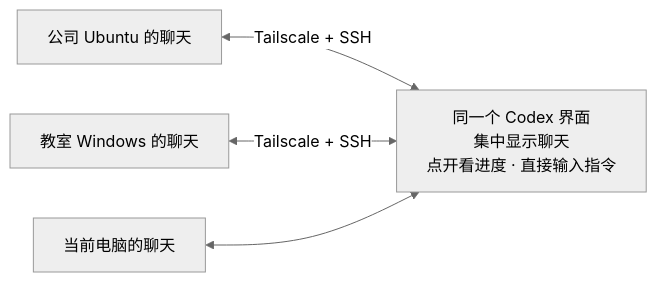
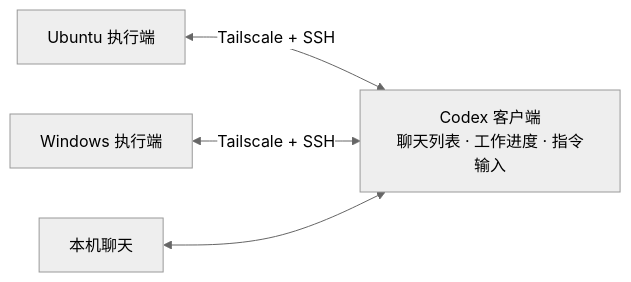
Before and after one commit to zn099/codex-multi-machine-collaboration: the diagram in README.md, drawn with Mermaid (neutral theme). The commit also changed other lines of this file and 7 other files, not shown here.

````diff
--- a/README.md
+++ b/README.md
@@ -19,6 +16,6 @@
 ```mermaid
 flowchart LR
-    B["公司 Ubuntu 的聊天"] <-->|"Tailscale + SSH"| A["同一个 Codex 界面<br/>集中显示聊天<br/>点开看进度 · 直接输入指令"]
-    C["教室 Windows 的聊天"] <-->|"Tailscale + SSH"| A
-    D["当前电脑的聊天"] <--> A
+    B["Ubuntu 执行端"] <-->|"Tailscale + SSH"| A["Codex 客户端<br/>聊天列表 · 工作进度 · 指令输入"]
+    C["Windows 执行端"] <-->|"Tailscale + SSH"| A
+    D["本机聊天"] <--> A
 ```
````
